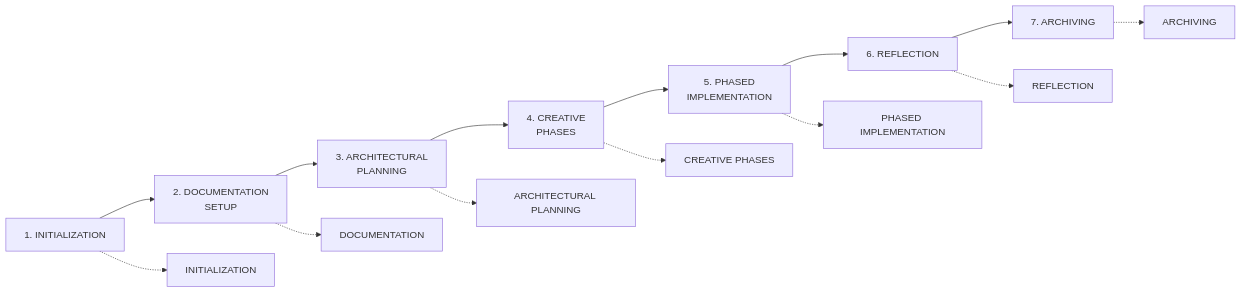
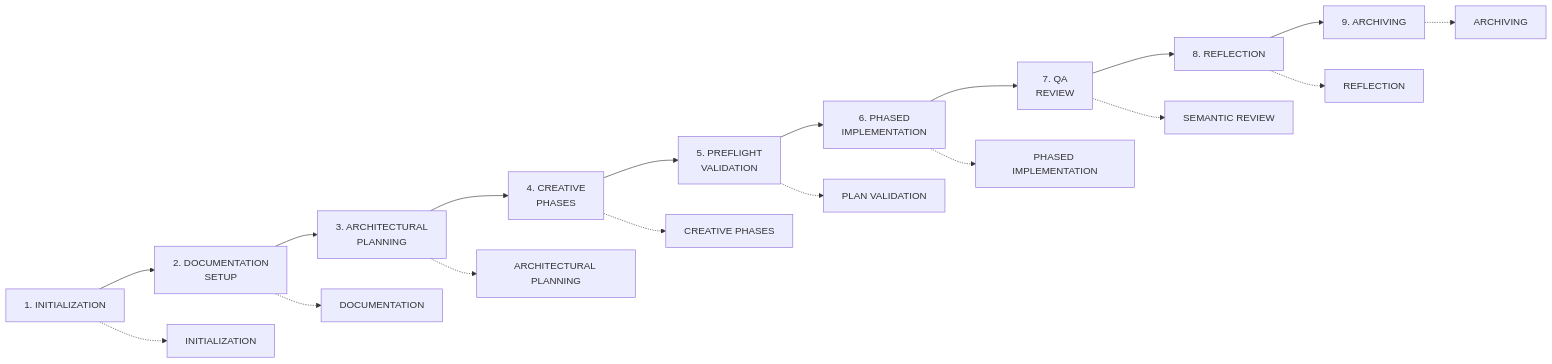
One commit to Texarkanine/.cursor-rules changed the first of 12 diagrams in rulesets/niko/niko/Level4/workflow-level4.mdc. Above: the diagram before and after it, drawn with Mermaid. The commit also changed other lines of this file and 22 other files, not shown here.

````diff
--- a/rulesets/niko/niko/Level4/workflow-level4.mdc
+++ b/rulesets/niko/niko/Level4/workflow-level4.mdc
@@ -12,18 +12,22 @@
 ```mermaid
 graph LR
     Init["1. INITIALIZATION"] --> Doc["2. DOCUMENTATION<br>SETUP"]
     Doc --> Plan["3. ARCHITECTURAL<br>PLANNING"]
     Plan --> Create["4. CREATIVE<br>PHASES"]
-    Create --> Impl["5. PHASED<br>IMPLEMENTATION"]
-    Impl --> Reflect["6. REFLECTION"]
-    Reflect --> Archive["7. ARCHIVING"]
-    
+    Create --> Preflight["5. PREFLIGHT<br>VALIDATION"]
+    Preflight --> Impl["6. PHASED<br>IMPLEMENTATION"]
+    Impl --> QA["7. QA<br>REVIEW"]
+    QA --> Reflect["8. REFLECTION"]
+    Reflect --> Archive["9. ARCHIVING"]
+
     %% Document connections for each phase
     Init -.-> InitDocs["INITIALIZATION"]
     Doc -.-> DocDocs["DOCUMENTATION"]
     Plan -.-> PlanDocs["ARCHITECTURAL PLANNING"]
     Create -.-> CreateDocs["CREATIVE PHASES"]
+    Preflight -.-> PreflightDocs["PLAN VALIDATION"]
     Impl -.-> ImplDocs["PHASED IMPLEMENTATION"]
+    QA -.-> QADocs["SEMANTIC REVIEW"]
     Reflect -.-> ReflectDocs["REFLECTION"]
     Archive -.-> ArchiveDocs["ARCHIVING"]
 ```
````
